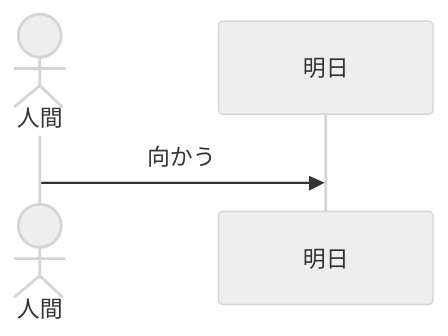
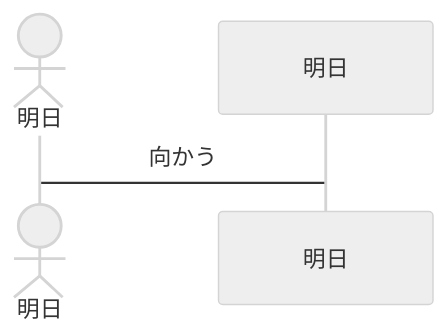
The first of 6 diagrams in SequenceDiagram.md (nekonisi/mermaid), drawn with Mermaid (neutral theme) before and after one commit. The commit also changed other lines of this file, not shown here.

Commit message:
typo修正

````diff
--- a/SequenceDiagram.md
+++ b/SequenceDiagram.md
@@ -22,9 +22,9 @@
 ```mermaid
 sequenceDiagram　# シーケンス図ですよと宣言
     # 登場人物の宣言
-    Actor u As 人間
-    participant g As 明日
+    Actor human As 明日
+    participant tomorrow As 明日
 
     # メッセージを書く
-    u->>g:向かう
+    human->tomorrow:向かう
 ```
````
